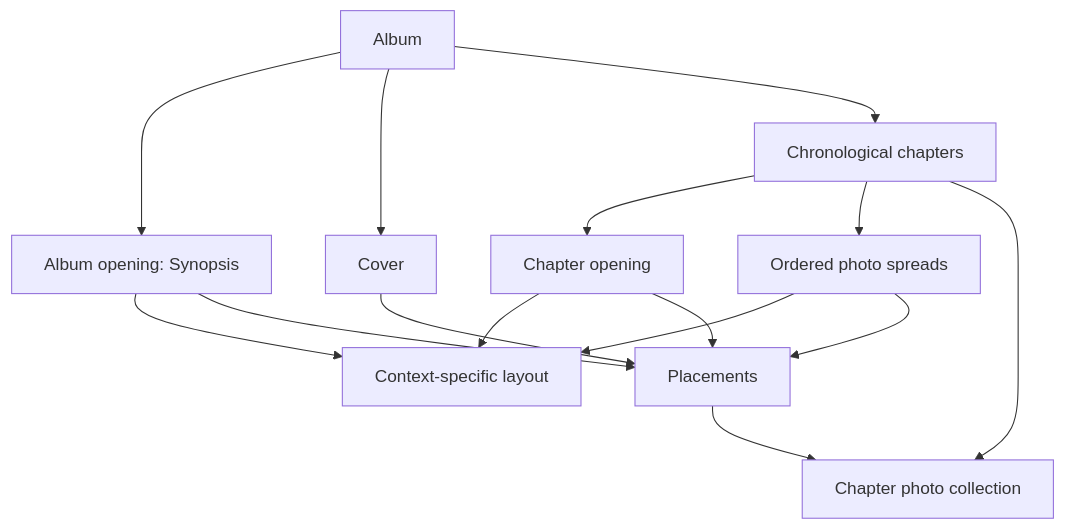
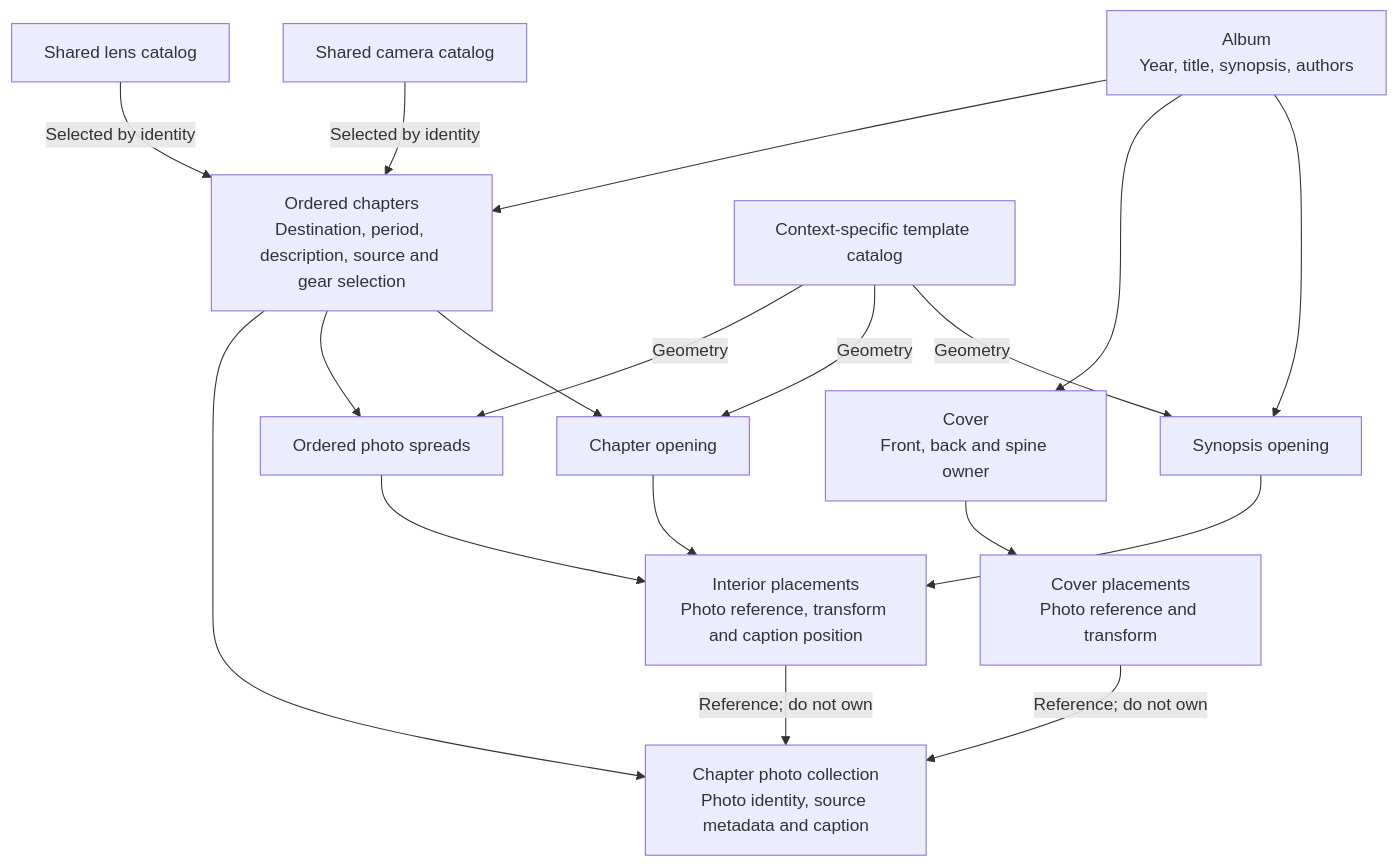
One commit to cosminci/photography changed the second of 9 diagrams in specs/design.md. Above: the diagram before and after it, drawn with Mermaid. The commit also changed other lines of this file and 15 other files, not shown here.

First line of the commit message:
Rebuild concrete single-owner engineering context (#162)

````diff
--- a/specs/design.md
+++ b/specs/design.md
@@ -23,12 +38,15 @@
 ```mermaid
-flowchart TD
-  Album --> Synopsis["Album opening: Synopsis"]
-  Album --> Cover
-  Album --> Chapters["Chronological chapters"]
-  Chapters --> Opening["Chapter opening"]
+flowchart TB
+  Album["Album<br/>Year, title, synopsis, authors"] --> Opening["Synopsis opening"]
+  Album --> Cover["Cover<br/>Front, back and spine owner"]
+  Album --> Chapters["Ordered chapters<br/>Destination, period, description, source and gear selection"]
+  Chapters --> ChapterOpening["Chapter opening"]
   Chapters --> Spreads["Ordered photo spreads"]
-  Chapters --> Photos["Chapter photo collection"]
-  Synopsis & Opening & Spreads --> Template["Context-specific layout"]
-  Synopsis & Opening & Spreads & Cover --> Placements
-  Placements --> Photos
+  Chapters --> Collection["Chapter photo collection<br/>Photo identity, source metadata and caption"]
+  Opening & ChapterOpening & Spreads --> Interior["Interior placements<br/>Photo reference, transform and caption position"]
+  Cover --> Exterior["Cover placements<br/>Photo reference and transform"]
+  Interior & Exterior -->|Reference; do not own| Collection
+  Templates["Context-specific template catalog"] -->|Geometry| Opening & ChapterOpening & Spreads
+  Cameras["Shared camera catalog"] -->|Selected by identity| Chapters
+  Lenses["Shared lens catalog"] -->|Selected by identity| Chapters
 ```
````
